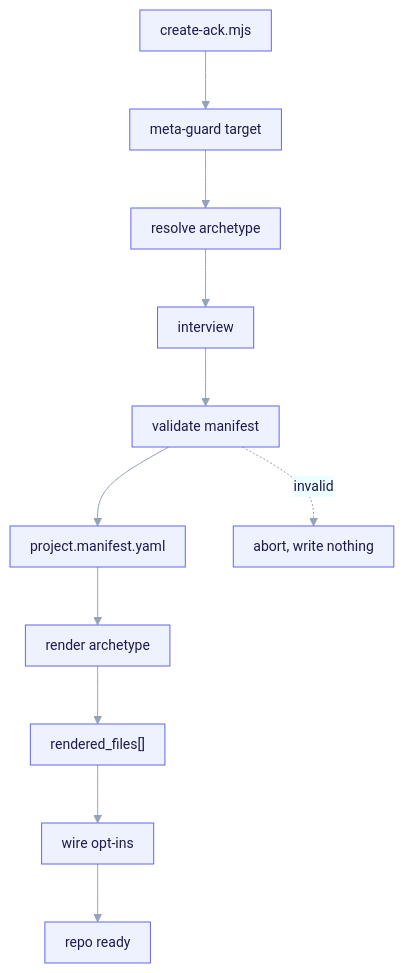
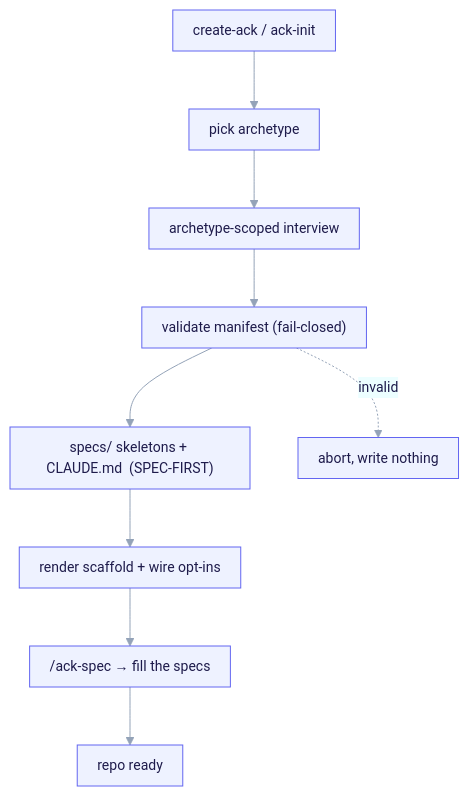
Before and after one commit to arthurghz/ai-core-kit: the diagram in site/pages/en/getting-started/quickstart.mdx, drawn with Mermaid. The commit also changed other lines of this file and 12 other files, not shown here.

First line of the commit message:
feat(site): redesign landing into a spec-first product homepage + docs polish

````diff
--- a/site/pages/en/getting-started/quickstart.mdx
+++ b/site/pages/en/getting-started/quickstart.mdx
@@ -13,17 +33,15 @@
 ```mermaid
 %%{init: {"theme":"base","themeVariables":{"primaryColor":"#eef2ff","primaryBorderColor":"#6366f1","primaryTextColor":"#1e1b4b","secondaryColor":"#ecfeff","tertiaryColor":"#faf5ff","lineColor":"#94a3b8","fontSize":"14px"},"flowchart":{"htmlLabels":true,"curve":"basis","nodeSpacing":48,"rankSpacing":58,"padding":10},"fontFamily":"ui-sans-serif, system-ui, -apple-system, Segoe UI, Roboto, sans-serif"}}%%
 flowchart TD
-  CLI["create-ack.mjs"]
-  GUARD["meta-guard target"]
-  ARCH["resolve archetype"]
-  INT["interview"]
-  ASM["validate manifest"]
-  WRITE["project.manifest.yaml"]
-  RENDER["render archetype"]
-  LEDGER["rendered_files[]"]
-  WIRE["wire opt-ins"]
+  CLI["create-ack / ack-init"]
+  ARCH["pick archetype"]
+  INT["archetype-scoped interview"]
+  ASM["validate manifest (fail-closed)"]
+  SPEC["specs/ skeletons + CLAUDE.md  (SPEC-FIRST)"]
+  RENDER["render scaffold + wire opt-ins"]
+  AUTHOR["/ack-spec → fill the specs"]
   DONE["repo ready"]
 
-  CLI --> GUARD --> ARCH --> INT --> ASM --> WRITE --> RENDER --> LEDGER --> WIRE --> DONE
+  CLI --> ARCH --> INT --> ASM --> SPEC --> RENDER --> AUTHOR --> DONE
   ASM -. "invalid" .-> ABORT["abort, write nothing"]
 ```
````
